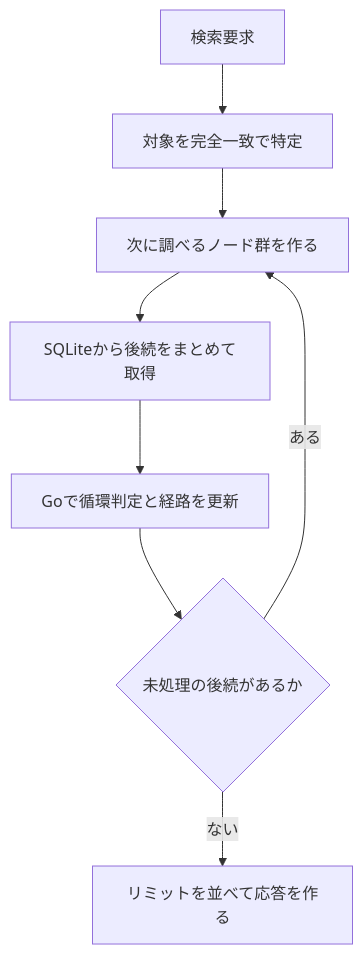
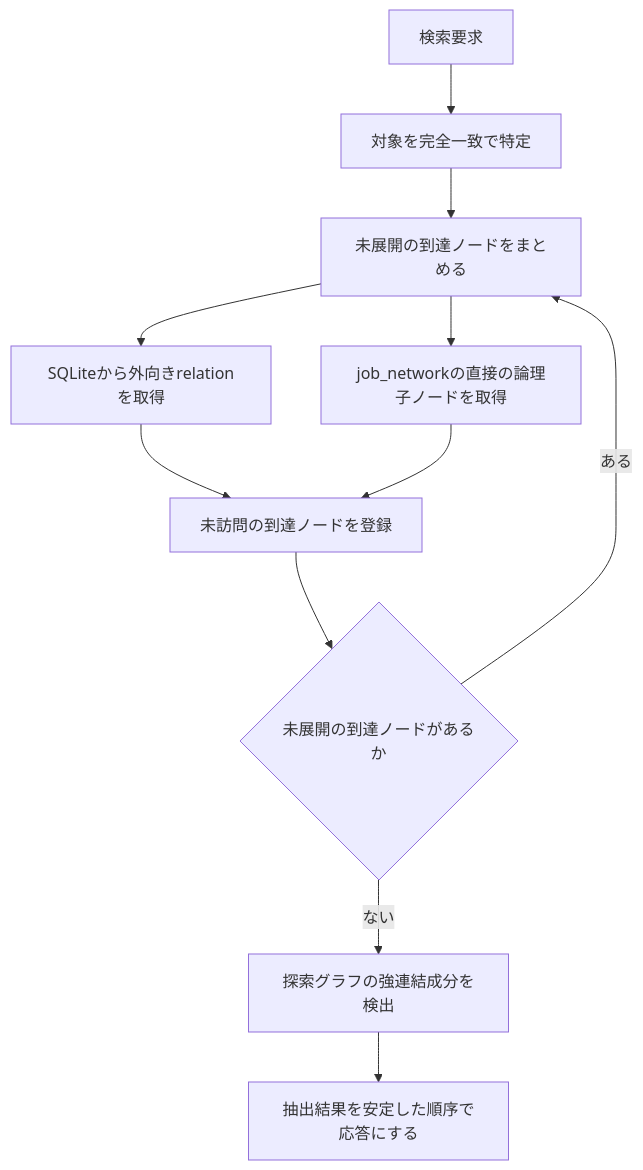
The third of 3 diagrams in docs/design/architecture.md (vnzzzz/batch-scope), drawn with Mermaid before and after one commit. The commit also changed other lines of this file and 16 other files, not shown here.

````diff
--- a/docs/design/architecture.md
+++ b/docs/design/architecture.md
@@ -99,10 +99,13 @@
 ```mermaid
 flowchart TD
     Q[検索要求] --> I[対象を完全一致で特定]
-    I --> F[次に調べるノード群を作る]
-    F --> S[SQLiteから後続をまとめて取得]
-    S --> G[Goで循環判定と経路を更新]
-    G --> D{未処理の後続があるか}
+    I --> F[未展開の到達ノードをまとめる]
+    F --> R[SQLiteから外向きrelationを取得]
+    F --> S[job_networkの直接の論理子ノードを取得]
+    R --> N[未訪問の到達ノードを登録]
+    S --> N
+    N --> D{未展開の到達ノードがあるか}
     D -->|ある| F
-    D -->|ない| O[リミットを並べて応答を作る]
+    D -->|ない| C[探索グラフの強連結成分を検出]
+    C --> O[抽出結果を安定した順序で応答にする]
 ```
````
